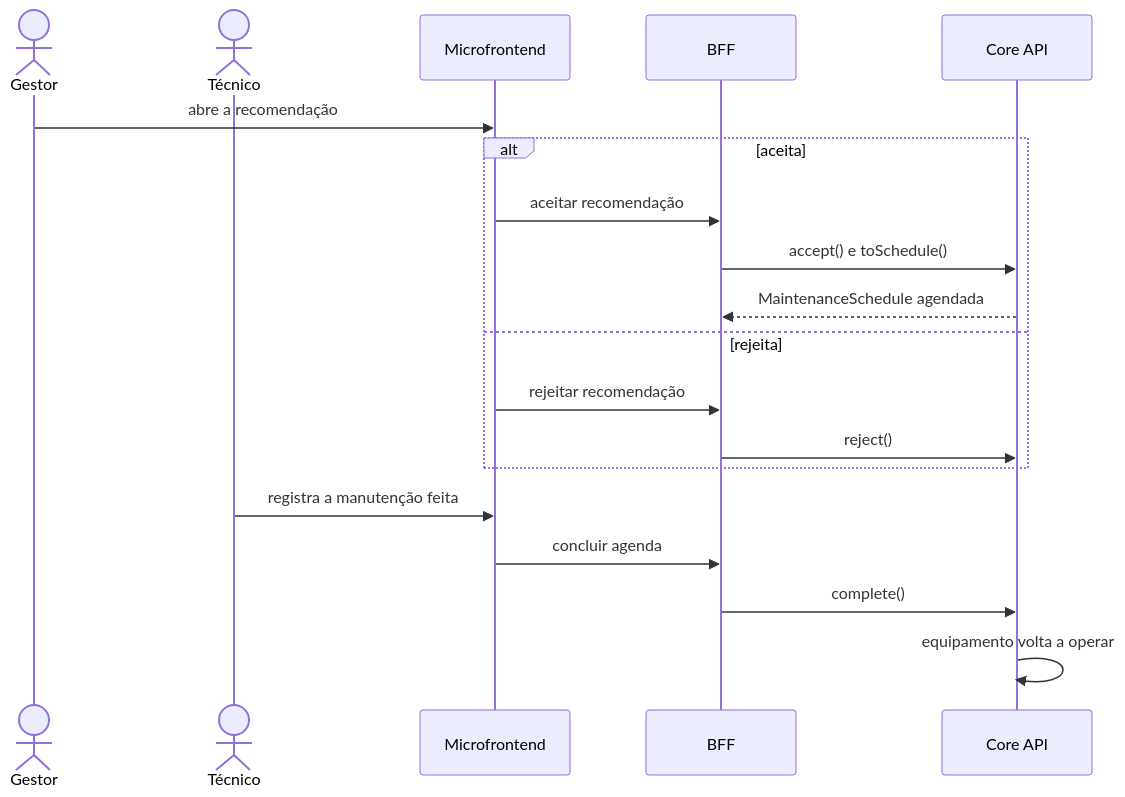
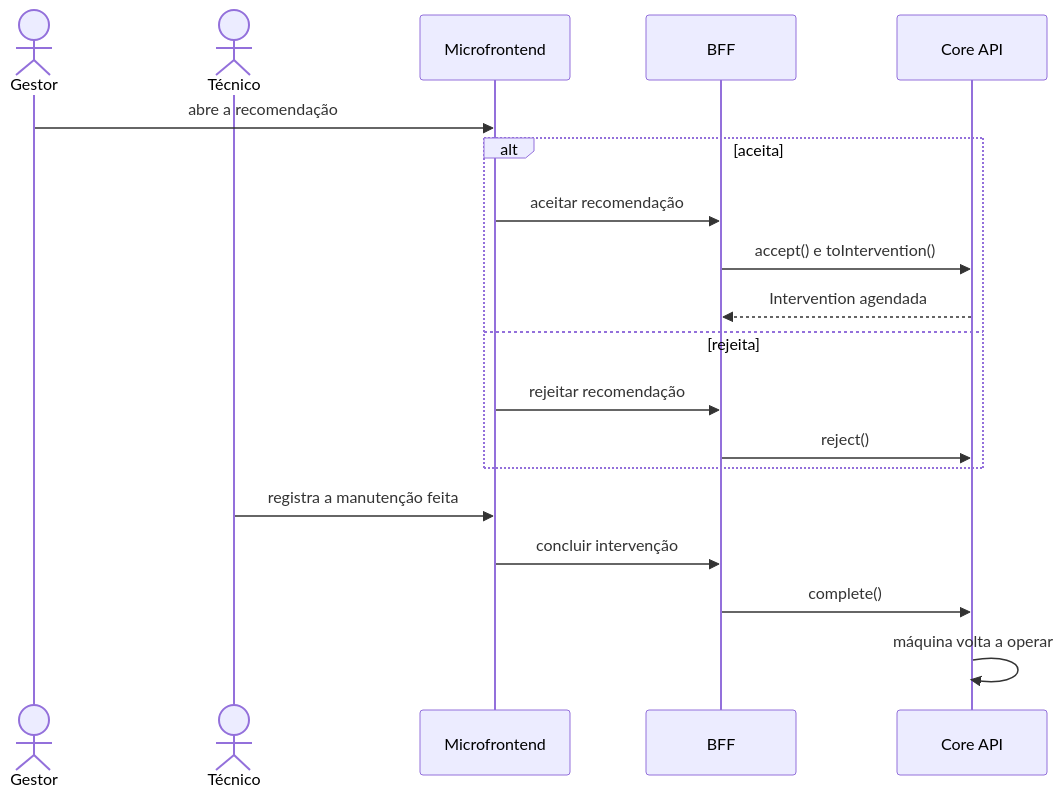
Diagram 12 of 17 in architecture/arc42.md (aland3r/deviante-docs), drawn with Mermaid before and after one commit. The commit also changed other lines of this file, not shown here.

First line of the commit message:
arc42 §1, §2, §5, §6, §8: Azure SQL serverless, máquinas e intervenções no lugar de equipamento e agenda, ER do Core com empresas e usuários

````diff
--- a/architecture/arc42.md
+++ b/architecture/arc42.md
@@ -879,21 +879,21 @@
 ```mermaid
 sequenceDiagram
     actor G as Gestor
     actor T as Técnico
     participant W as Microfrontend
     participant B as BFF
     participant C as Core API
     G->>W: abre a recomendação
     alt aceita
         W->>B: aceitar recomendação
-        B->>C: accept() e toSchedule()
-        C-->>B: MaintenanceSchedule agendada
+        B->>C: accept() e toIntervention()
+        C-->>B: Intervention agendada
     else rejeita
         W->>B: rejeitar recomendação
         B->>C: reject()
     end
     T->>W: registra a manutenção feita
-    W->>B: concluir agenda
+    W->>B: concluir intervenção
     B->>C: complete()
-    C->>C: equipamento volta a operar
+    C->>C: máquina volta a operar
 ```
````
